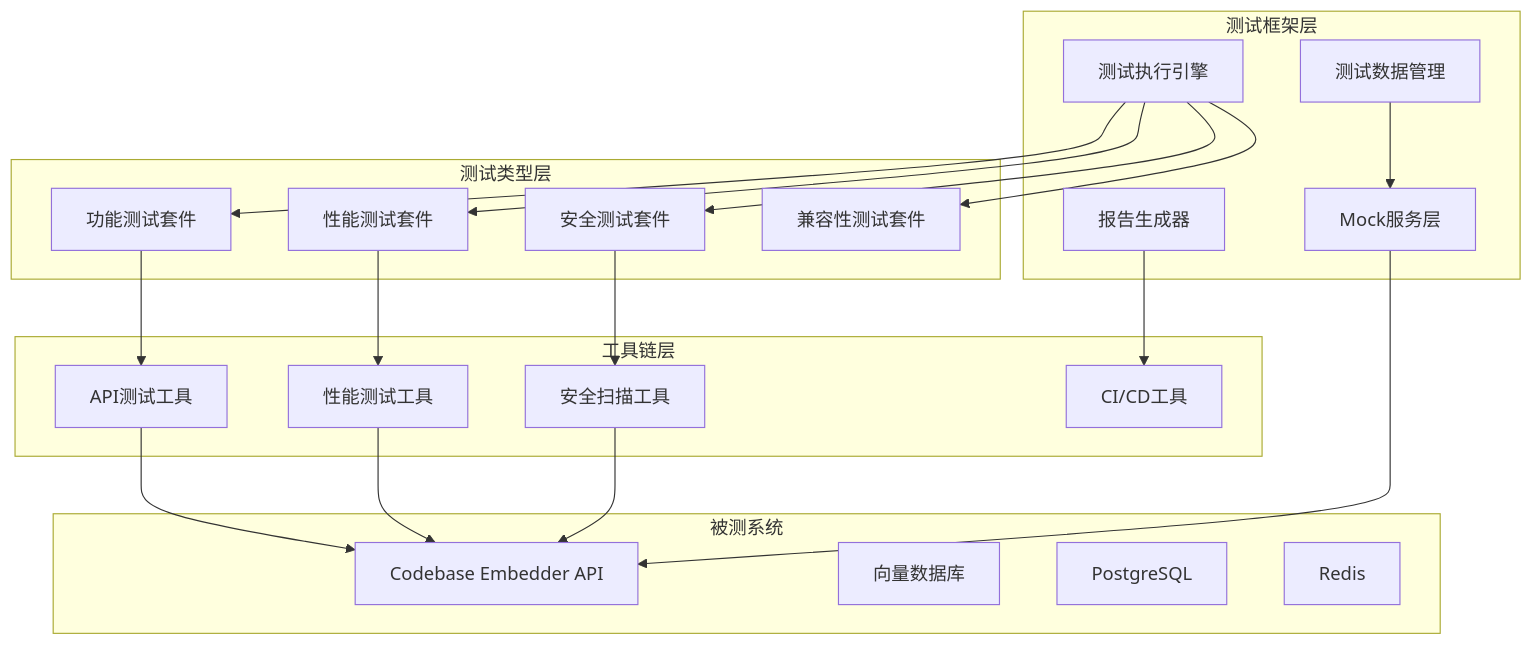
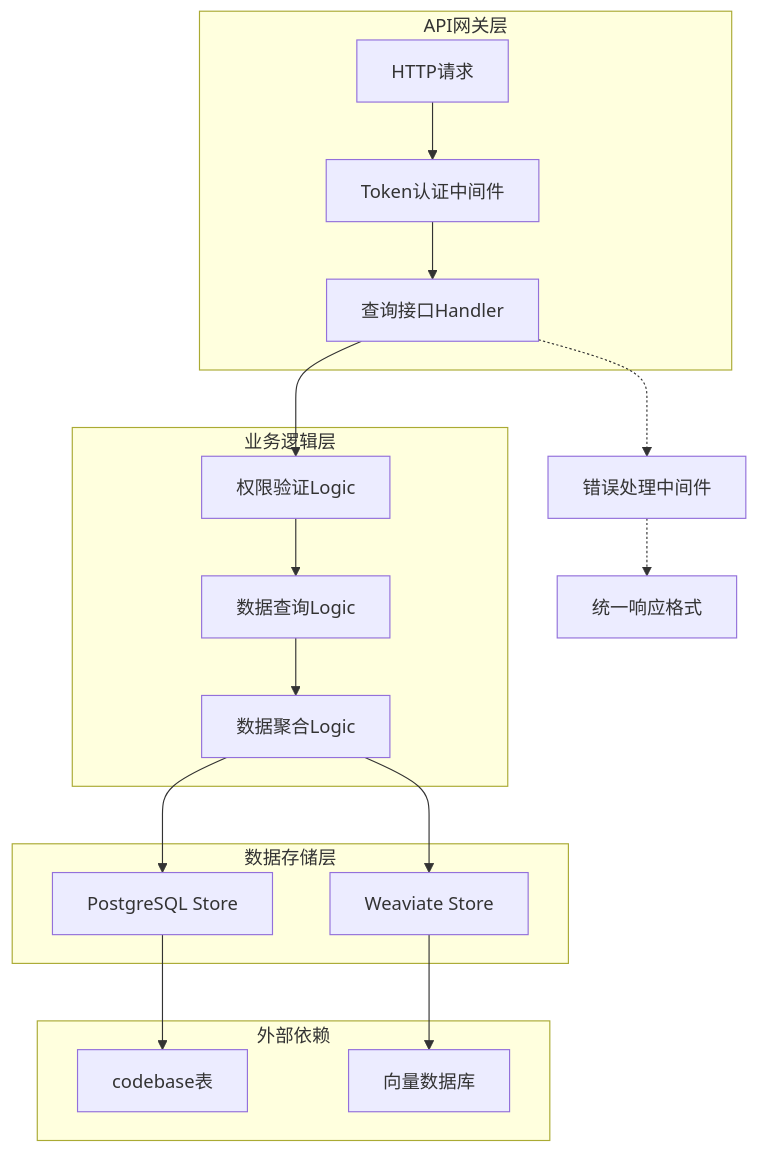
The first of 3 diagrams in docs/technical.md (zgsm-ai/codebase-embedder), drawn with Mermaid before and after one commit. The commit also changed other lines of this file and 11 other files, not shown here.

````diff
--- a/docs/technical.md
+++ b/docs/technical.md
@@ -15,48 +15,26 @@
 ```mermaid
 graph TB
-    subgraph "测试框架层"
-        A[测试执行引擎]
-        B[测试数据管理]
-        C[Mock服务层]
-        D[报告生成器]
+    subgraph "API网关层"
+        A[HTTP请求] --> B[Token认证中间件]
+        B --> C[查询接口Handler]
     end
     
-    subgraph "测试类型层"
-        E[功能测试套件]
-        F[性能测试套件]
-        G[安全测试套件]
-        H[兼容性测试套件]
+    subgraph "业务逻辑层"
+        C --> D[权限验证Logic]
+        D --> E[数据查询Logic]
+        E --> F[数据聚合Logic]
     end
     
-    subgraph "工具链层"
-        I[API测试工具]
-        J[性能测试工具]
-        K[安全扫描工具]
-        L[CI/CD工具]
+    subgraph "数据存储层"
+        F --> G[PostgreSQL Store]
+        F --> H[Weaviate Store]
     end
     
-    subgraph "被测系统"
-        M[Codebase Embedder API]
-        N[向量数据库]
-        O[PostgreSQL]
-        P[Redis]
+    subgraph "外部依赖"
+        G --> I[codebase表]
+        H --> J[向量数据库]
     end
     
-    A --> E
-    A --> F
-    A --> G
-    A --> H
-    
-    E --> I
-    F --> J
-    G --> K
-    
-    I --> M
-    J --> M
-    K --> M
-    
-    B --> C
-    C --> M
-    
-    D --> L
+    C -.-> K[错误处理中间件]
+    K -.-> L[统一响应格式]
 ```
````
